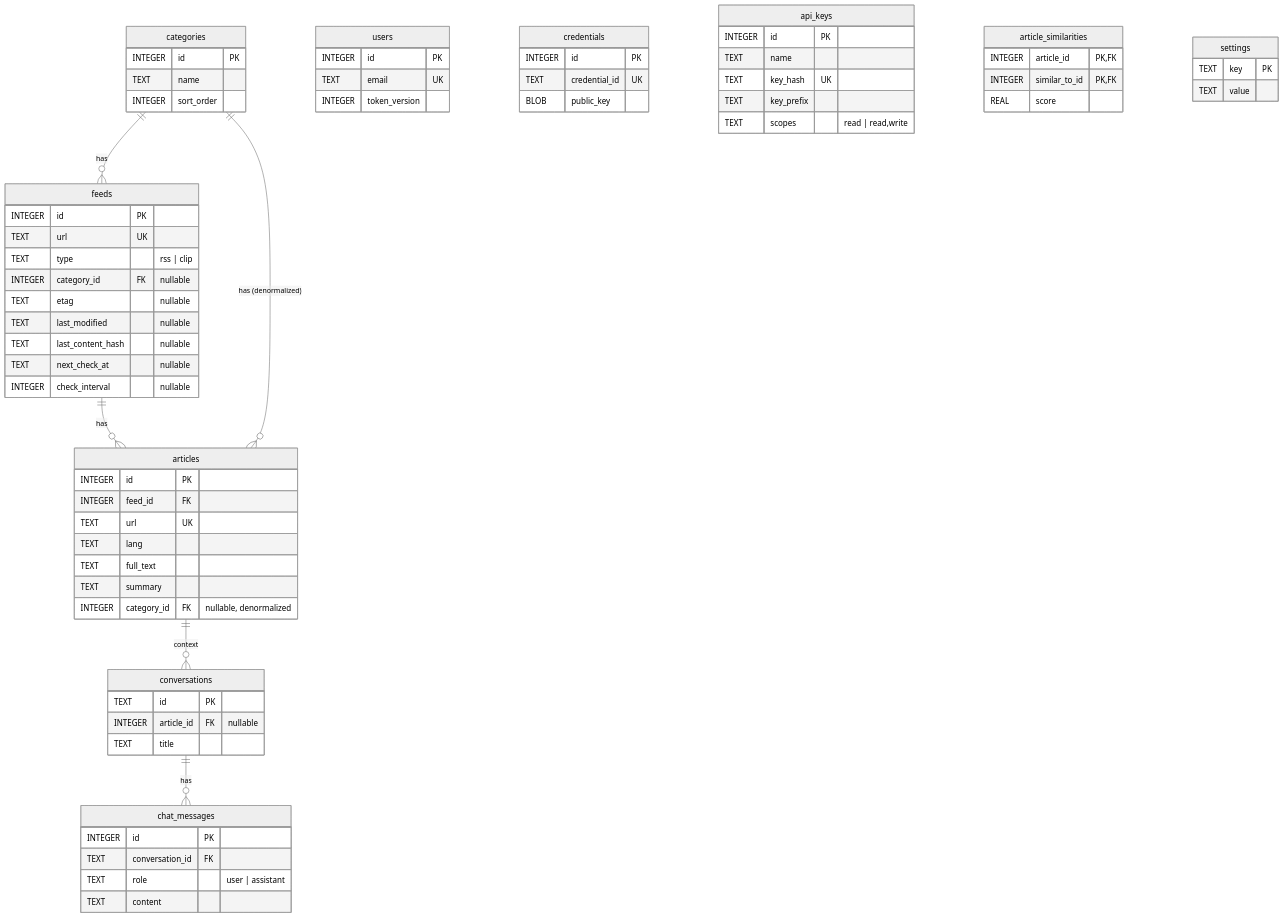
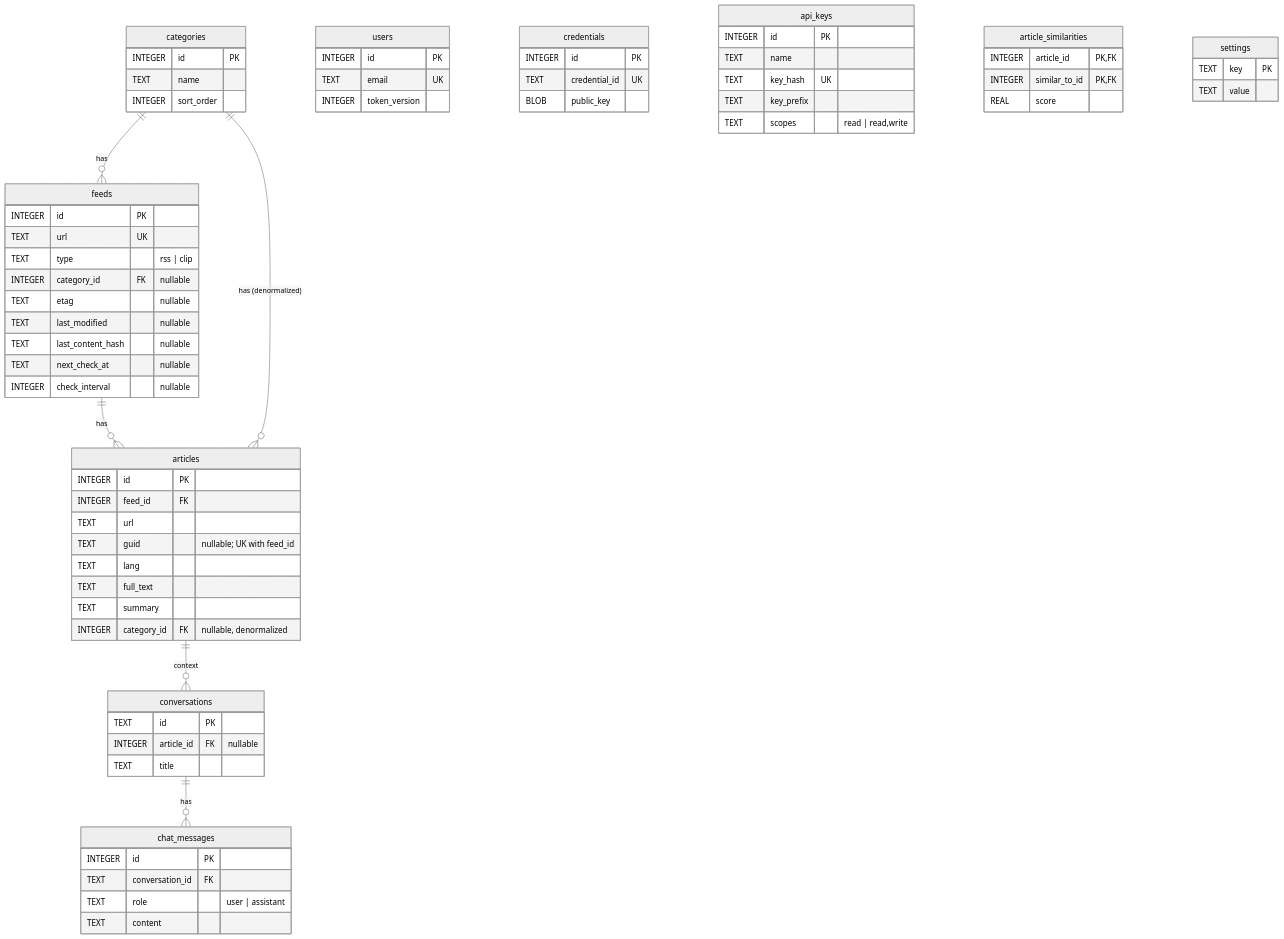
One commit to Emilien-Etadam/oksskolten changed the diagram in docs/spec/10_schema.md. Above: the diagram before and after it, drawn with Mermaid (neutral theme). The commit also changed other lines of this file and 19 other files, not shown here.

````diff
--- a/docs/spec/10_schema.md
+++ b/docs/spec/10_schema.md
@@ -9,71 +9,72 @@
 ```mermaid
 erDiagram
     categories ||--o{ feeds : "has"
     feeds ||--o{ articles : "has"
     articles ||--o{ conversations : "context"
     conversations ||--o{ chat_messages : "has"
 
     categories {
         INTEGER id PK
         TEXT name
         INTEGER sort_order
     }
     feeds {
         INTEGER id PK
         TEXT url UK
         TEXT type "rss | clip"
         INTEGER category_id FK "nullable"
         TEXT etag "nullable"
         TEXT last_modified "nullable"
         TEXT last_content_hash "nullable"
         TEXT next_check_at "nullable"
         INTEGER check_interval "nullable"
     }
     categories ||--o{ articles : "has (denormalized)"
     articles {
         INTEGER id PK
         INTEGER feed_id FK
-        TEXT url UK
+        TEXT url
+        TEXT guid "nullable; UK with feed_id"
         TEXT lang
         TEXT full_text
         TEXT summary
         INTEGER category_id FK "nullable, denormalized"
     }
     conversations {
         TEXT id PK
         INTEGER article_id FK "nullable"
         TEXT title
     }
     chat_messages {
         INTEGER id PK
         TEXT conversation_id FK
         TEXT role "user | assistant"
         TEXT content
     }
     users {
         INTEGER id PK
         TEXT email UK
         INTEGER token_version
     }
     credentials {
         INTEGER id PK
         TEXT credential_id UK
         BLOB public_key
     }
     api_keys {
         INTEGER id PK
         TEXT name
         TEXT key_hash UK
         TEXT key_prefix
         TEXT scopes "read | read,write"
     }
     article_similarities {
         INTEGER article_id PK,FK
         INTEGER similar_to_id PK,FK
         REAL score
     }
     settings {
         TEXT key PK
         TEXT value
     }
 ```
````
